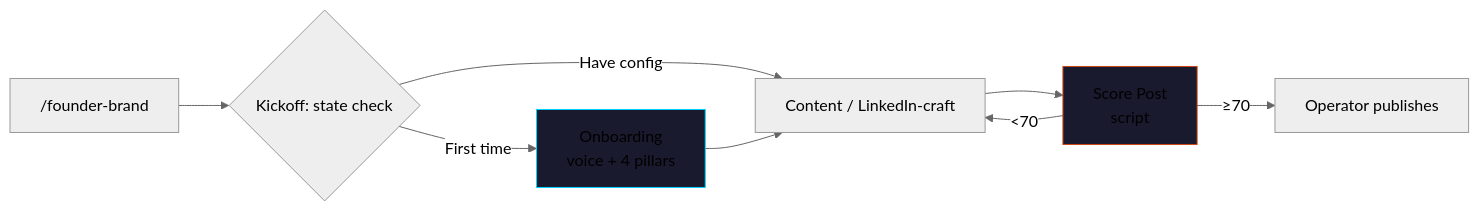
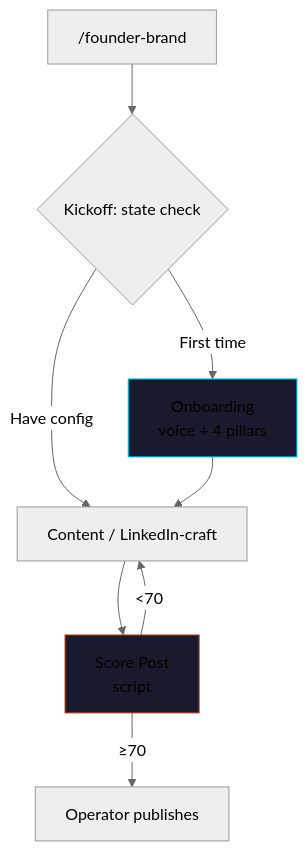
One commit to cmj-hub/claude-founder-brand changed the diagram in README.md. Above: the diagram before and after it, drawn with Mermaid (neutral theme).

Commit message:
fix(readme): mermaid graph LR → TB for legible node labels on GitHub

````diff
--- a/README.md
+++ b/README.md
@@ -30,13 +30,13 @@
 ```mermaid
-graph LR
+graph TB
     A["/founder-brand"] --> B{Kickoff: state check}
     B -->|First time| C[Onboarding<br/>voice + 4 pillars]
     B -->|Have config| D[Content / LinkedIn-craft]
     C --> D
     D --> E[Score Post<br/>script]
     E -->|≥70| F[Operator publishes]
     E -->|<70| D
 
     style C fill:#1a1a2e,stroke:#00d4ff
     style E fill:#1a1a2e,stroke:#cc4714
 ```
````
